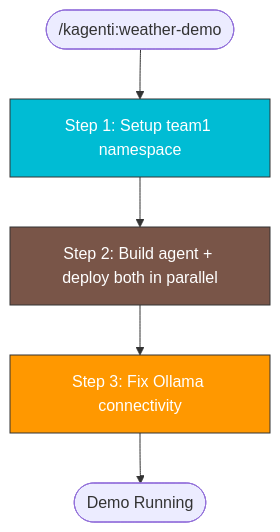
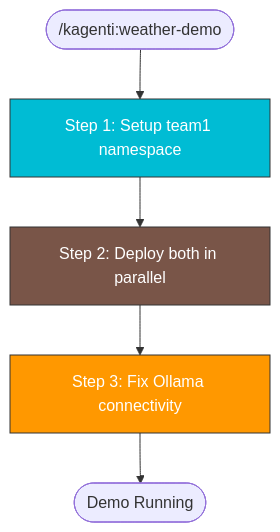
The diagram in .claude/skills/kagenti:weather-demo/SKILL.md (davidhadas/kagenti), drawn with Mermaid before and after one commit. The commit also changed other lines of this file, not shown here.

First line of the commit message:
chore(skills): remove stale build references from weather-demo skill

````diff
--- a/.claude/skills/kagenti:weather-demo/SKILL.md
+++ b/.claude/skills/kagenti:weather-demo/SKILL.md
@@ -40,11 +40,11 @@
 ```mermaid
 flowchart TD
     START(["/kagenti:weather-demo"]) --> NS["Step 1: Setup team1 namespace"]:::k8s
-    NS --> DEPLOY["Step 2: Build agent + deploy both in parallel"]:::build
+    NS --> DEPLOY["Step 2: Deploy both in parallel"]:::build
     DEPLOY --> PATCH["Step 3: Fix Ollama connectivity"]:::debug
     PATCH --> DONE([Demo Running])
 
     classDef k8s fill:#00BCD4,stroke:#333,color:white
     classDef build fill:#795548,stroke:#333,color:white
     classDef debug fill:#FF9800,stroke:#333,color:white
 ```
````
